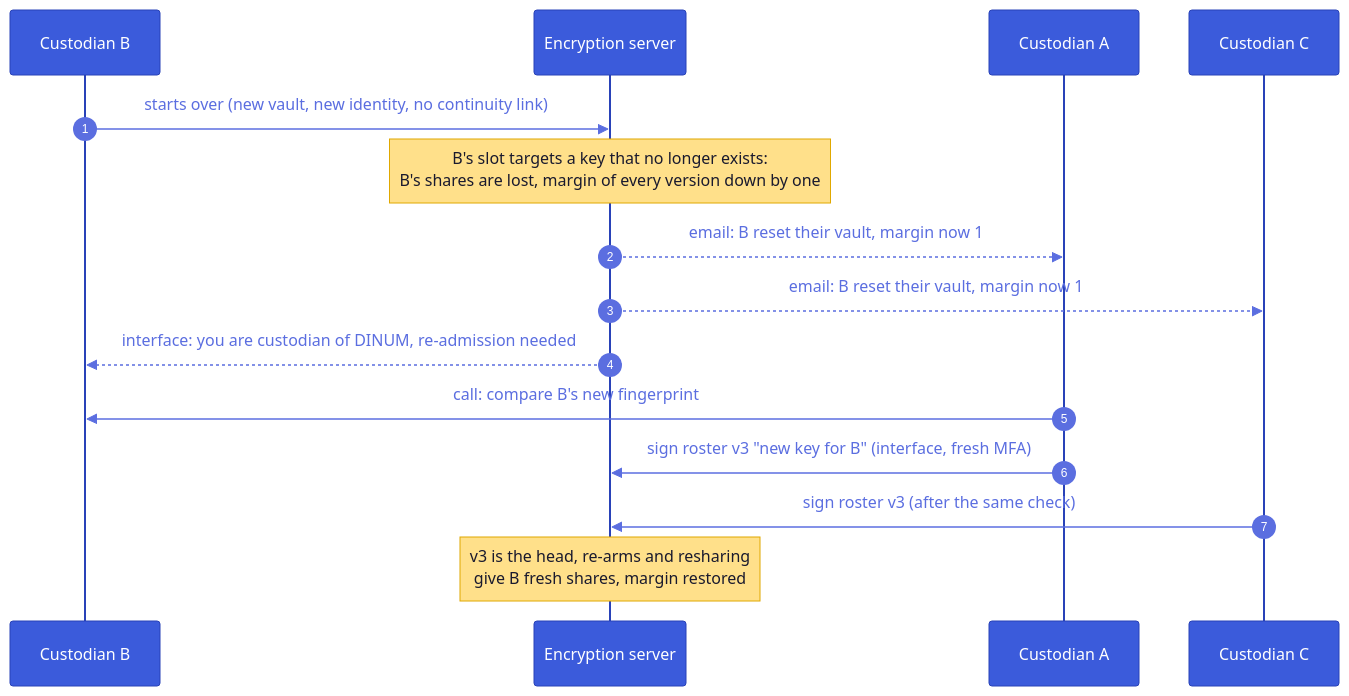
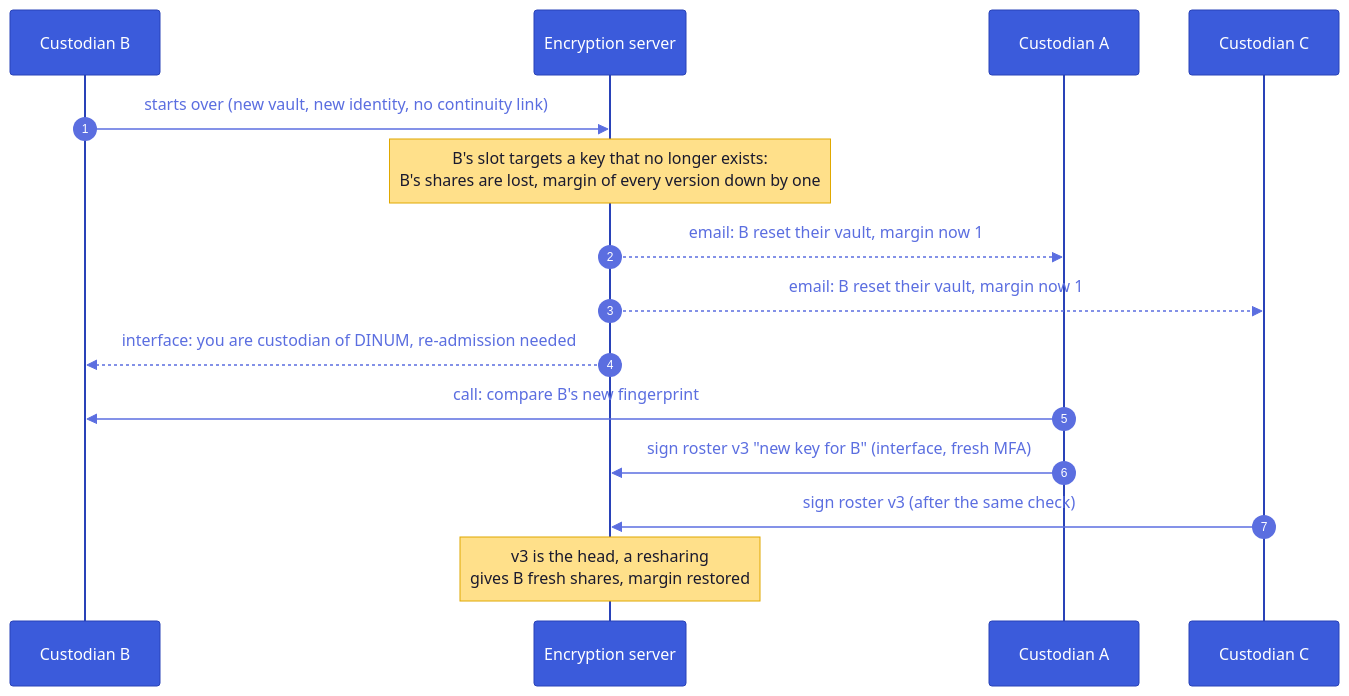
Diagram 21 of 22 in shamir.md (suitenumerique/encryption), drawn with Mermaid before and after one commit. The commit also changed other lines of this file and 91 other files, not shown here.

````diff
--- a/shamir.md
+++ b/shamir.md
@@ -722,18 +782,18 @@
 ```mermaid
 %%{init: {'theme':'base','look':'classic','themeVariables':{'actorBkg':'#3b5bdb','actorTextColor':'#fff','actorBorder':'#2942b8','signalColor':'#5b6ee0','signalTextColor':'#5b6ee0','noteBkgColor':'#ffe08a','noteTextColor':'#1a1a2e','noteBorderColor':'#e0a800','sequenceNumberColor':'#fff'}}}%%
 sequenceDiagram
   autonumber
   participant B as Custodian B
   participant API as Encryption server
   participant A as Custodian A
   participant C as Custodian C
   B->>API: starts over (new vault, new identity, no continuity link)
   Note over API: B's slot targets a key that no longer exists:<br/>B's shares are lost, margin of every version down by one
   API-->>A: email: B reset their vault, margin now 1
   API-->>C: email: B reset their vault, margin now 1
   API-->>B: interface: you are custodian of DINUM, re-admission needed
   A->>B: call: compare B's new fingerprint
   A->>API: sign roster v3 "new key for B" (interface, fresh MFA)
   C->>API: sign roster v3 (after the same check)
-  Note over API: v3 is the head, re-arms and resharing<br/>give B fresh shares, margin restored
+  Note over API: v3 is the head, a resharing<br/>gives B fresh shares, margin restored
 ```
````
